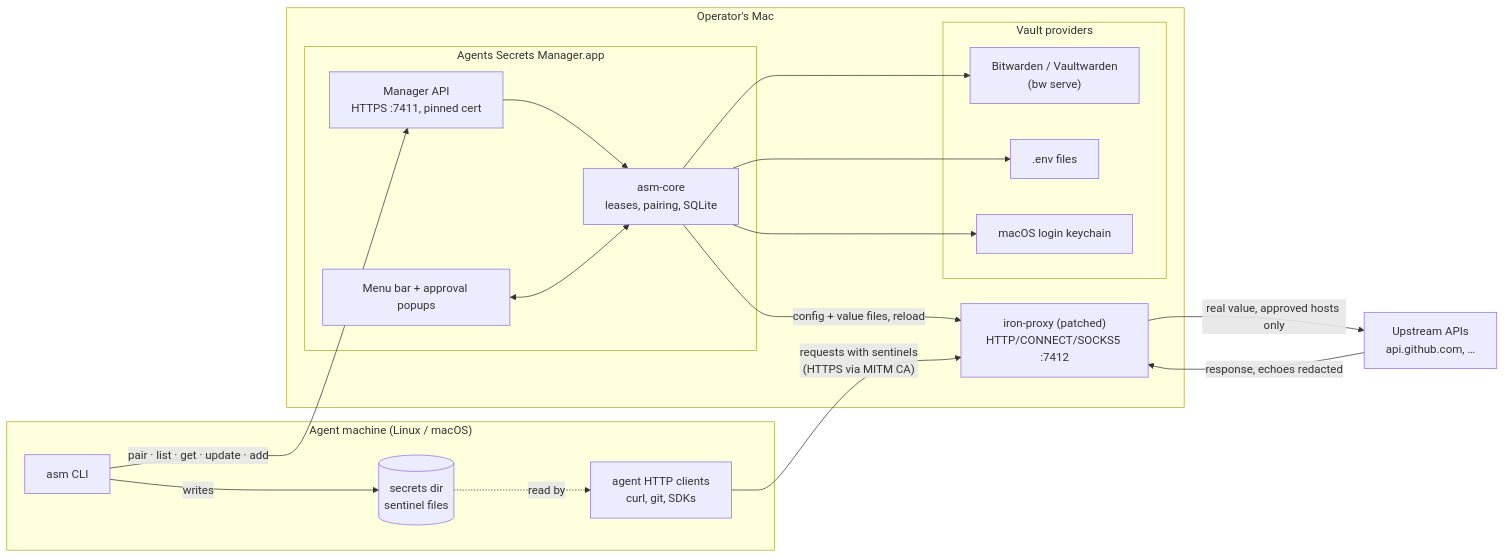
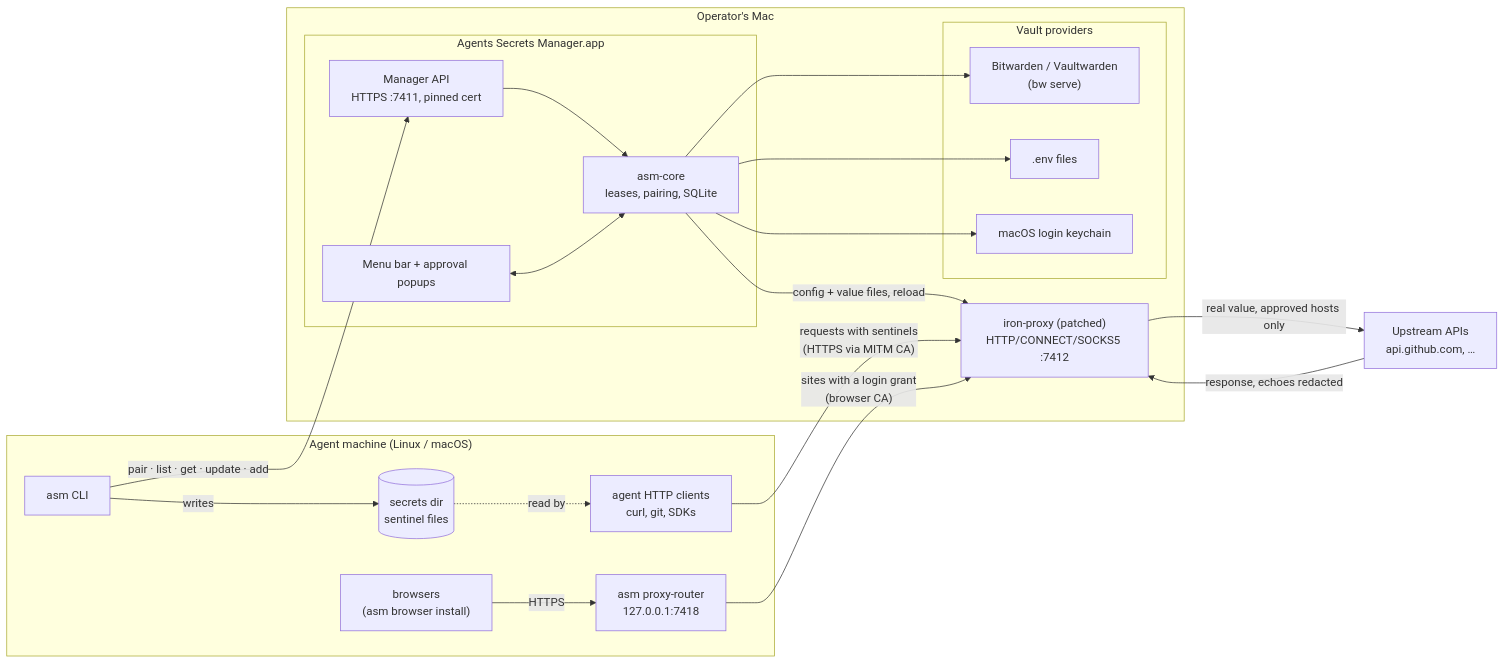
Before and after one commit to Thinkscape/asm: the diagram in README.md, drawn with Mermaid. The commit also changed other lines of this file and 1 other file, not shown here.

First line of the commit message:
README: browser logins at a glance

````diff
--- a/README.md
+++ b/README.md
@@ -35,35 +46,39 @@
 ```mermaid
 flowchart LR
     subgraph agent["Agent machine (Linux / macOS)"]
         cli["asm CLI"]
         files[("secrets dir<br/>sentinel files")]
         client["agent HTTP clients<br/>curl, git, SDKs"]
         cli -- writes --> files
         files -. read by .-> client
+        browser["browsers<br/>(asm browser install)"]
+        router["asm proxy-router<br/>127.0.0.1:7418"]
+        browser -- HTTPS --> router
     end
 
     subgraph mac["Operator's Mac"]
         subgraph app["Agents Secrets Manager.app"]
             api["Manager API<br/>HTTPS :7411, pinned cert"]
             ui["Menu bar + approval popups"]
             core["asm-core<br/>leases, pairing, SQLite"]
         end
         proxy["iron-proxy (patched)<br/>HTTP/CONNECT/SOCKS5 :7412"]
         subgraph vaults["Vault providers"]
             bw["Bitwarden / Vaultwarden<br/>(bw serve)"]
             env[".env files"]
             kc["macOS login keychain"]
         end
         api --> core
         ui <--> core
         core -- config + value files, reload --> proxy
         core --> bw & env & kc
     end
 
     upstream["Upstream APIs<br/>api.github.com, …"]
 
     cli -- "pair · list · get · update · add" --> api
     client -- "requests with sentinels<br/>(HTTPS via MITM CA)" --> proxy
+    router -- "sites with a login grant<br/>(browser CA)" --> proxy
     proxy -- "real value, approved hosts only" --> upstream
     upstream -- "response, echoes redacted" --> proxy
 ```
````
